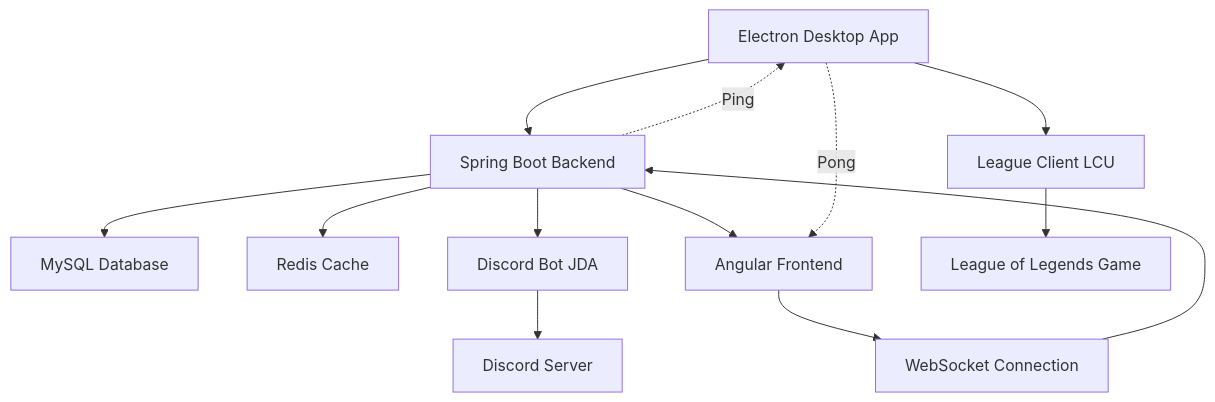
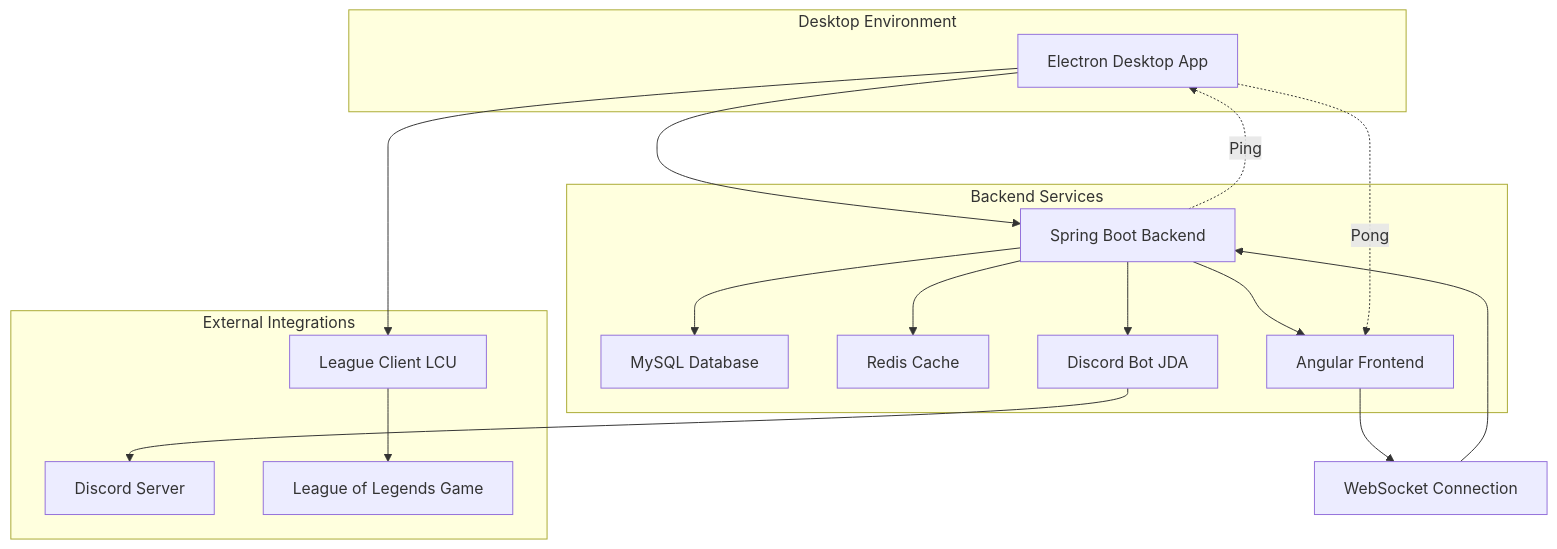
The first of 3 diagrams in portfolio-content/projects/lol-matchmaking-fazenda-english.md (wmakeouthill/certificados-wesley), drawn with Mermaid before and after one commit. The commit also changed other lines of this file and 4 other files, not shown here.

````diff
--- a/portfolio-content/projects/lol-matchmaking-fazenda-english.md
+++ b/portfolio-content/projects/lol-matchmaking-fazenda-english.md
@@ -17,17 +17,36 @@
 ```mermaid
+%%{title: "LOL Matchmaking System Architecture"}%%
 graph TB
     A[Electron Desktop App] --> B[Spring Boot Backend]
     B --> C[MySQL Database]
     B --> D[Redis Cache]
     B --> E[Discord Bot JDA]
     B --> F[Angular Frontend]
     F --> G[WebSocket Connection]
     G --> B
     A --> H[League Client LCU]
     E --> I[Discord Server]
     H --> J[League of Legends Game]
-
+    
     %% Communication flow
     B -.->|Ping| A
     A -.->|Pong| F
+    
+    subgraph "Desktop Environment"
+        A
+    end
+    
+    subgraph "Backend Services"
+        B
+        C
+        D
+        E
+        F
+    end
+    
+    subgraph "External Integrations"
+        H
+        I
+        J
+    end
 ```
````
